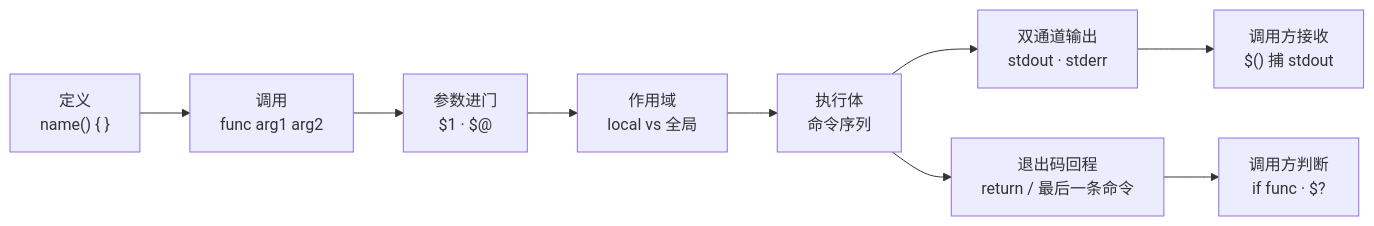
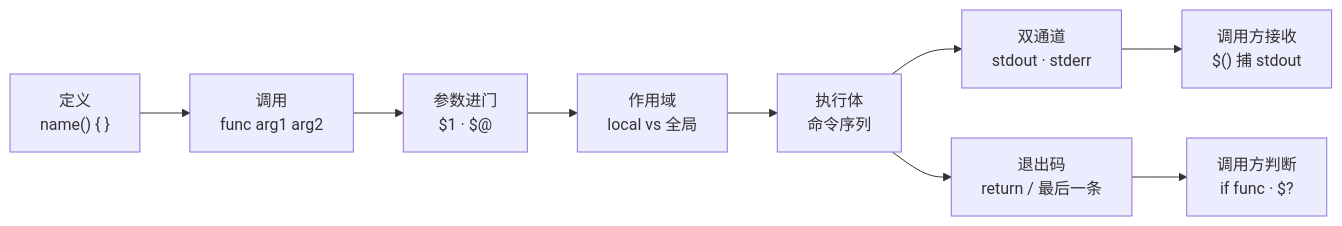
Before and after one commit to ml-cuizijun/LearnToLilith: the first of 2 diagrams in 05-开发能力/01-Shell/05-函数与作用域/知识点.md, drawn with Mermaid. The commit also changed other lines of this file and 178 other files, not shown here.

````diff
--- a/05-开发能力/01-Shell/05-函数与作用域/知识点.md
+++ b/05-开发能力/01-Shell/05-函数与作用域/知识点.md
@@ -45,11 +15,11 @@
 ```mermaid
 flowchart LR
     DEF["定义<br/>name() { }"] --> CALL["调用<br/>func arg1 arg2"]
     CALL --> PARAM["参数进门<br/>$1 · $@"]
     PARAM --> SCOPE["作用域<br/>local vs 全局"]
     SCOPE --> BODY["执行体<br/>命令序列"]
-    BODY --> OUT["双通道输出<br/>stdout · stderr"]
-    BODY --> RET["退出码回程<br/>return / 最后一条命令"]
+    BODY --> OUT["双通道<br/>stdout · stderr"]
+    BODY --> RET["退出码<br/>return / 最后一条"]
     OUT --> CAP["调用方接收<br/>$() 捕 stdout"]
     RET --> IF["调用方判断<br/>if func · $?"]
 ```
````
